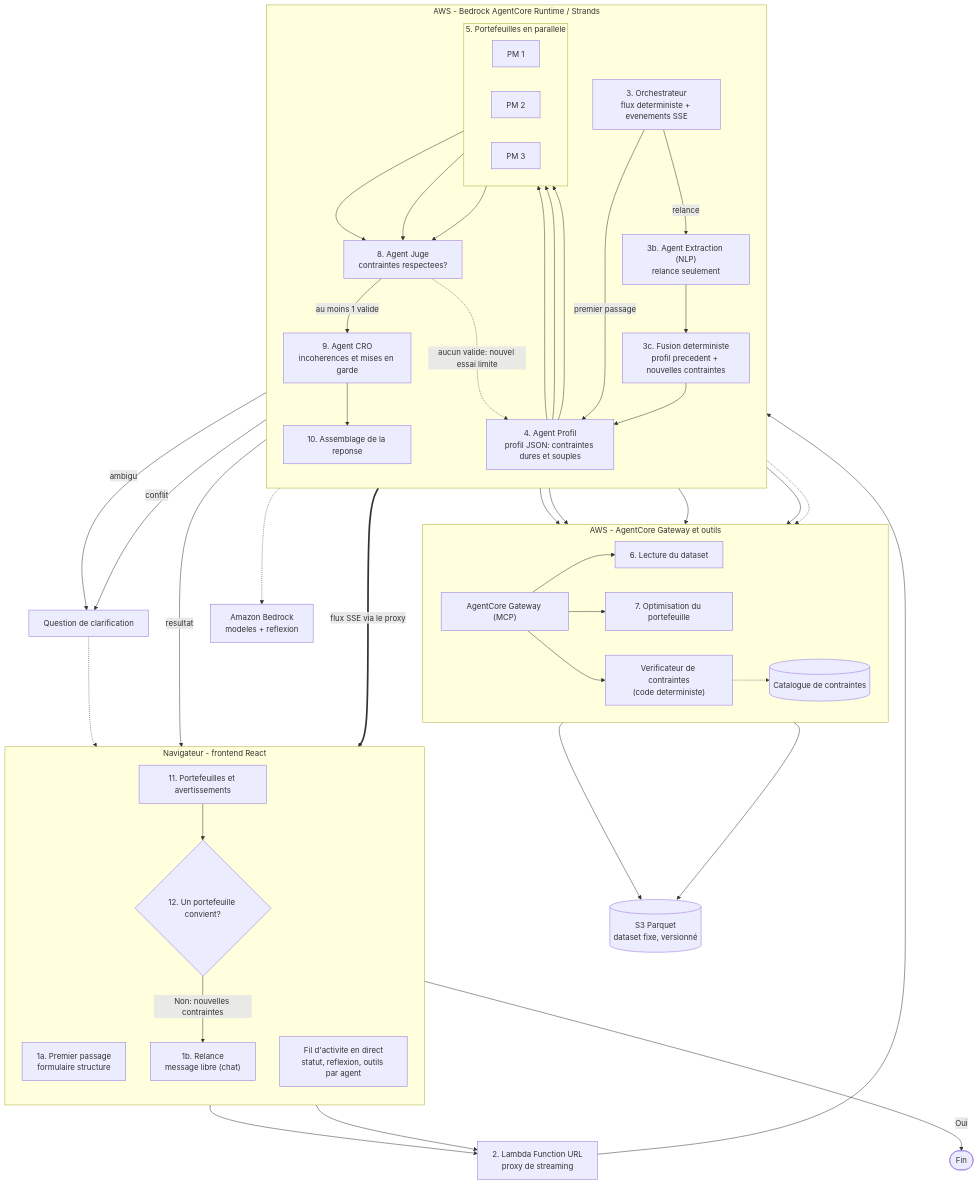
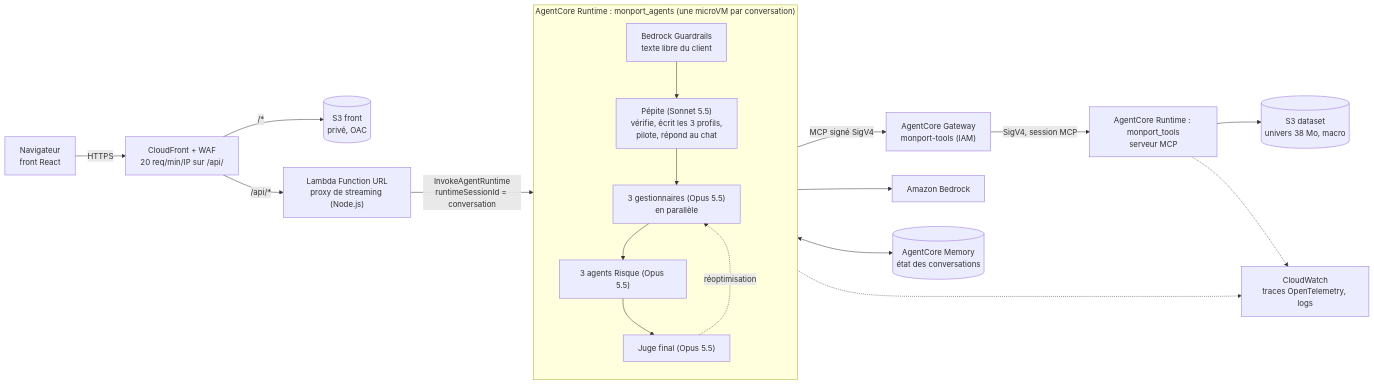
The diagram in docs/architecture-workflow.md (maximepierregit/Datathon_pf_2026), drawn with Mermaid before and after one commit. The commit also changed other lines of this file and 4 other files, not shown here.

Commit message:
docs: architecture v4 (services AWS et raisons), CLAUDE.md et README à jour, teardown.sh

````diff
--- a/docs/architecture-workflow.md
+++ b/docs/architecture-workflow.md
@@ -7,81 +7,25 @@
 ```mermaid
-flowchart TB
-  subgraph FE[Navigateur - frontend React]
+flowchart LR
+  U["Navigateur<br/>front React"] -- "HTTPS" --> CF["CloudFront + WAF<br/>20 req/min/IP sur /api/"]
+  CF -- "/*" --> S3F[("S3 front<br/>privé, OAC")]
+  CF -- "/api/*" --> PX["Lambda Function URL<br/>proxy de streaming (Node.js)"]
+  PX -- "InvokeAgentRuntime<br/>runtimeSessionId = conversation" --> RT
+
+  subgraph RT["AgentCore Runtime : monport_agents (une microVM par conversation)"]
     direction TB
-    A1["1a. Premier passage<br/>formulaire structure"]
-    A1B["1b. Relance<br/>message libre (chat)"]
-    UI["Fil d'activite en direct<br/>statut, reflexion, outils par agent"]
-    A9["11. Portefeuilles et avertissements"]
-    A10{"12. Un portefeuille convient?"}
+    GR["Bedrock Guardrails<br/>texte libre du client"]
+    P["Pépite (Sonnet 5.5)<br/>vérifie, écrit les 3 profils,<br/>pilote, répond au chat"]
+    PM["3 gestionnaires (Opus 5.5)<br/>en parallèle"]
+    RK["3 agents Risque (Opus 5.5)"]
+    J["Juge final (Opus 5.5)"]
+    GR --> P --> PM --> RK --> J
+    J -. "réoptimisation" .-> PM
   end
 
-  PX["2. Lambda Function URL<br/>proxy de streaming"]
-
-  subgraph RT[AWS - Bedrock AgentCore Runtime / Strands]
-    direction TB
-    O["3. Orchestrateur<br/>flux deterministe + evenements SSE"]
-    X["3b. Agent Extraction (NLP)<br/>relance seulement"]
-    M["3c. Fusion deterministe<br/>profil precedent + nouvelles contraintes"]
-    P["4. Agent Profil<br/>profil JSON: contraintes dures et souples"]
-    subgraph FAN[5. Portefeuilles en parallele]
-      direction LR
-      PM1["PM 1"]
-      PM2["PM 2"]
-      PM3["PM 3"]
-    end
-    J["8. Agent Juge<br/>contraintes respectees?"]
-    C["9. Agent CRO<br/>incoherences et mises en garde"]
-    R["10. Assemblage de la reponse"]
-  end
-
-  Q["Question de clarification"]
-
-  subgraph TOOLS[AWS - AgentCore Gateway et outils]
-    direction LR
-    GW["AgentCore Gateway (MCP)"]
-    T1["6. Lecture du dataset"]
-    T2["7. Optimisation du portefeuille"]
-    T3["Verificateur de contraintes<br/>(code deterministe)"]
-    CAT[("Catalogue de contraintes")]
-  end
-
-  DATA[("S3 Parquet<br/>dataset fixe, versionné")]
-  BR["Amazon Bedrock<br/>modeles + reflexion"]
-
-  %% Parcours principal (de haut en bas)
-  A1 --> PX
-  PX --> O
-  O -- "premier passage" --> P
-  P --> PM1 & PM2 & PM3
-  PM1 & PM2 & PM3 --> J
-  J -- "au moins 1 valide" --> C
-  C --> R
-  R -- "resultat" --> A9
-  A9 --> A10
-  A10 -- "Oui" --> FIN(["Fin"])
-
-  %% Relance
-  A10 -- "Non: nouvelles contraintes" --> A1B
-  A1B --> PX
-  O -- "relance" --> X
-  X --> M
-  M --> P
-  X -- "ambigu" --> Q
-  M -- "conflit" --> Q
-  Q -.-> A1B
-
-  %% Boucle interne
-  J -. "aucun valide: nouvel essai limite" .-> P
-
-  %% Outils et donnees
-  PM1 & PM2 & PM3 --> GW
-  J --> GW
-  GW --> T1 & T2 & T3
-  T1 & T2 --> DATA
-  T3 -.-> CAT
-  X -.-> CAT
-
-  %% Streaming et modeles
-  RT == "flux SSE via le proxy" ==> UI
-  RT -.-> BR
+  RT -- "MCP signé SigV4" --> GW["AgentCore Gateway<br/>monport-tools (IAM)"]
+  GW -- "SigV4, session MCP" --> MCP["AgentCore Runtime : monport_tools<br/>serveur MCP"]
+  MCP --> S3D[("S3 dataset<br/>univers 38 Mo, macro")]
+  RT --> BR["Amazon Bedrock"]
+  RT <--> MEM[("AgentCore Memory<br/>état des conversations")]
+  RT & MCP -.-> OBS["CloudWatch<br/>traces OpenTelemetry, logs"]
 ```
````
